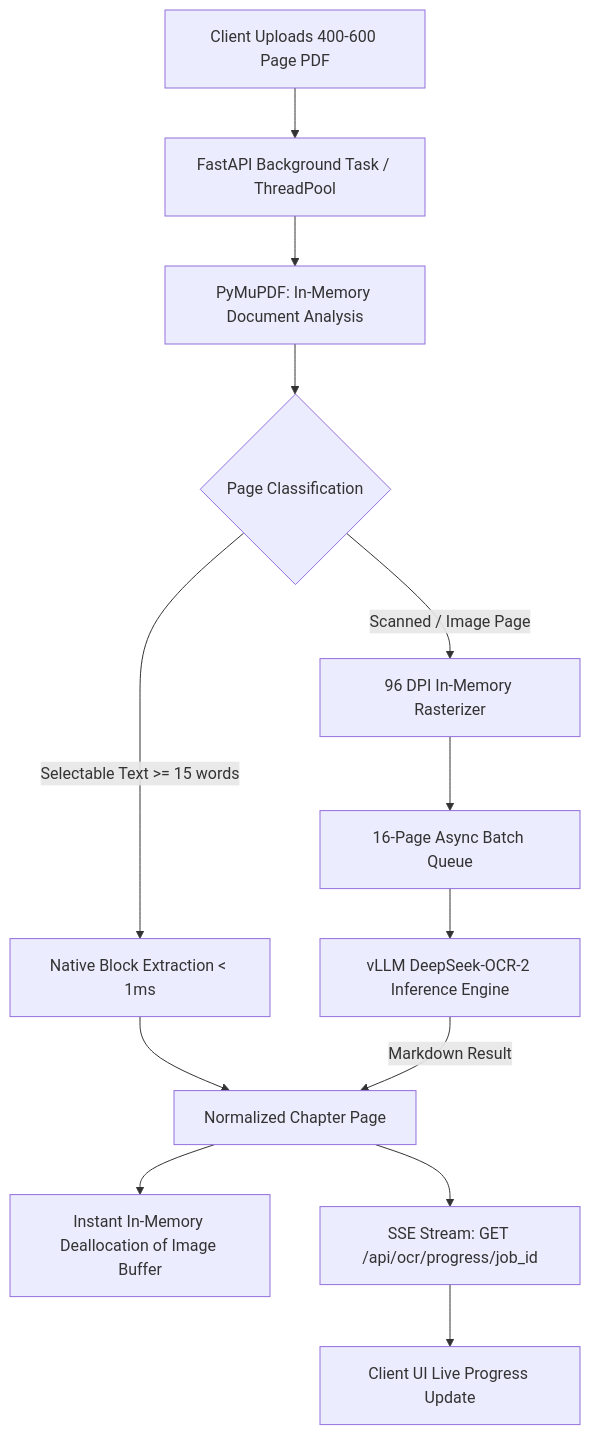
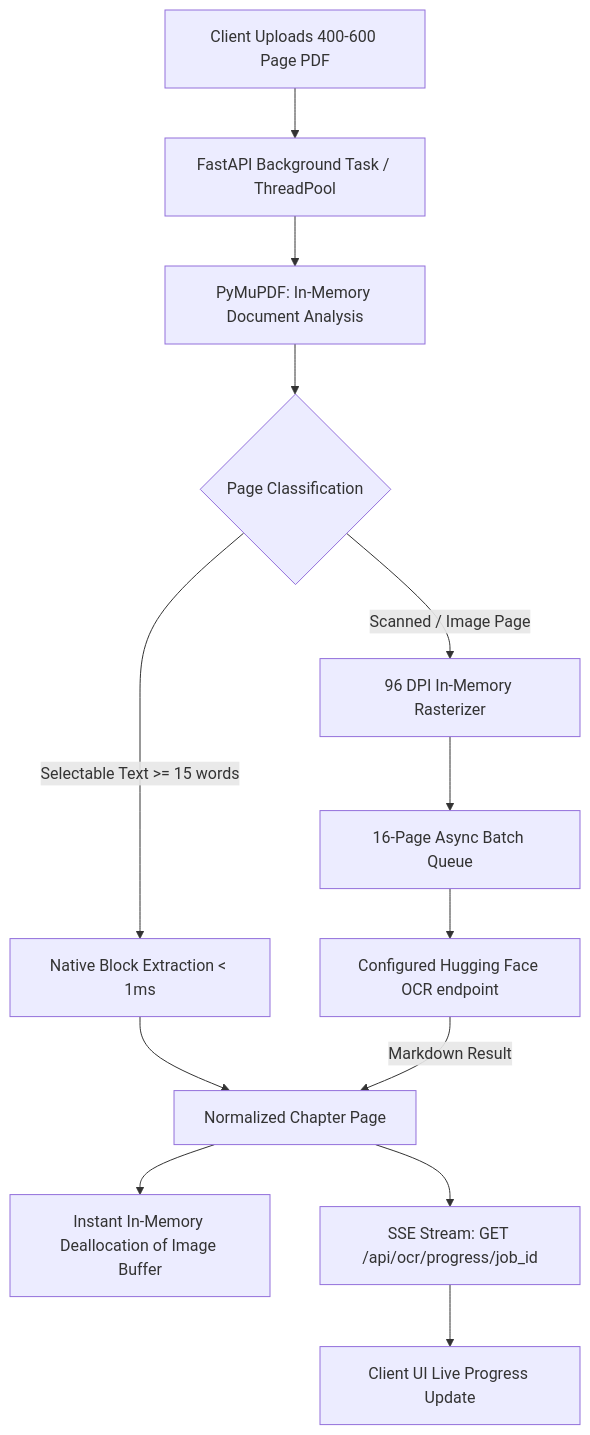
One commit to loucasty-cell/bookflow changed the diagram in docs/backend-workflow.md. Above: the diagram before and after it, drawn with Mermaid. The commit also changed other lines of this file and 30 other files, not shown here.

````diff
--- a/docs/backend-workflow.md
+++ b/docs/backend-workflow.md
@@ -57,15 +57,15 @@
 ```mermaid
 graph TD
     A[Client Uploads 400-600 Page PDF] --> B[FastAPI Background Task / ThreadPool]
     B --> C[PyMuPDF: In-Memory Document Analysis]
     C --> D{Page Classification}
     D -->|Selectable Text >= 15 words| E[Native Block Extraction < 1ms]
     D -->|Scanned / Image Page| F[96 DPI In-Memory Rasterizer]
     E --> G[Normalized Chapter Page]
     F --> H[16-Page Async Batch Queue]
-    H --> I[vLLM DeepSeek-OCR-2 Inference Engine]
+    H --> I[Configured Hugging Face OCR endpoint]
     I -->|Markdown Result| G
     G --> J[Instant In-Memory Deallocation of Image Buffer]
     G --> K[SSE Stream: GET /api/ocr/progress/job_id]
     K --> L[Client UI Live Progress Update]
 ```
````
